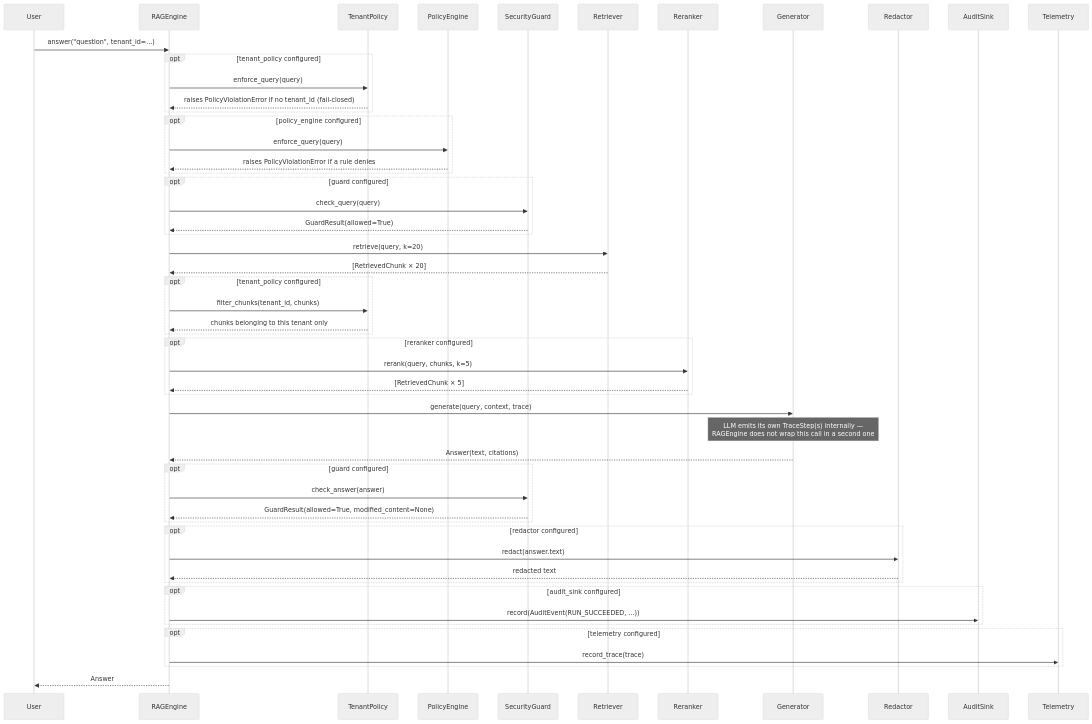
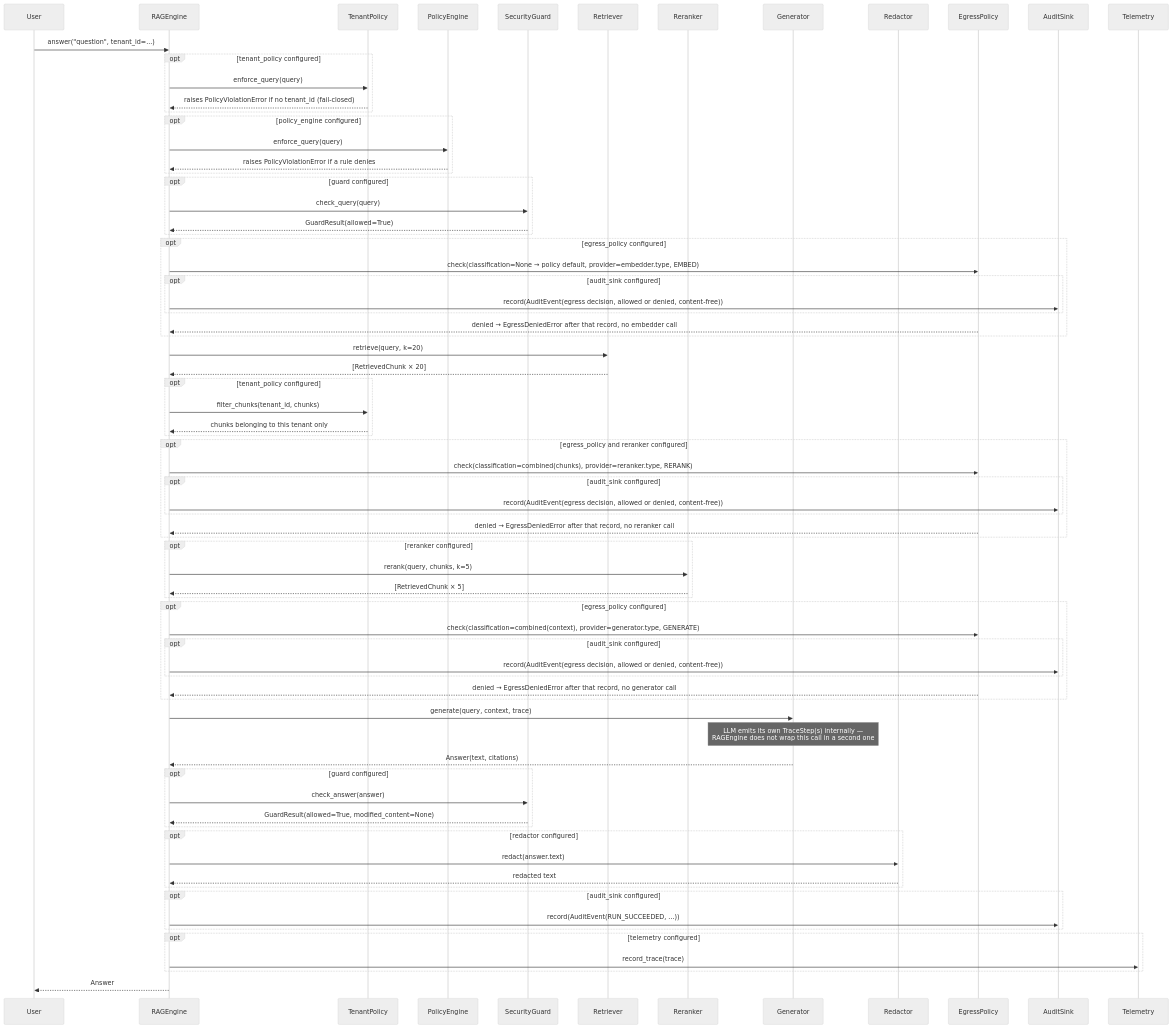
One commit to HerbertGourout/modular-rag-framework changed the first of 5 diagrams in docs/architecture/runtime-flow.md. Above: the diagram before and after it, drawn with Mermaid (neutral theme). The commit also changed other lines of this file and 3 other files, not shown here.

````diff
--- a/docs/architecture/runtime-flow.md
+++ b/docs/architecture/runtime-flow.md
@@ -34,56 +52,78 @@
 ```mermaid
 sequenceDiagram
     participant U as User
     participant E as RAGEngine
     participant TP as TenantPolicy
     participant PE as PolicyEngine
     participant G as SecurityGuard
     participant R as Retriever
     participant RR as Reranker
     participant LLM as Generator
     participant Rd as Redactor
+    participant EP as EgressPolicy
     participant A as AuditSink
     participant T as Telemetry
 
     U->>E: answer("question", tenant_id=...)
     opt tenant_policy configured
         E->>TP: enforce_query(query)
         TP-->>E: raises PolicyViolationError if no tenant_id (fail-closed)
     end
     opt policy_engine configured
         E->>PE: enforce_query(query)
         PE-->>E: raises PolicyViolationError if a rule denies
     end
     opt guard configured
         E->>G: check_query(query)
         G-->>E: GuardResult(allowed=True)
     end
+    opt egress_policy configured
+        E->>EP: check(classification=None → policy default, provider=embedder.type, EMBED)
+        opt audit_sink configured
+            E->>A: record(AuditEvent(egress decision, allowed or denied, content-free))
+        end
+        EP-->>E: denied → EgressDeniedError after that record, no embedder call
+    end
     E->>R: retrieve(query, k=20)
     R-->>E: [RetrievedChunk × 20]
     opt tenant_policy configured
         E->>TP: filter_chunks(tenant_id, chunks)
         TP-->>E: chunks belonging to this tenant only
     end
+    opt egress_policy and reranker configured
+        E->>EP: check(classification=combined(chunks), provider=reranker.type, RERANK)
+        opt audit_sink configured
+            E->>A: record(AuditEvent(egress decision, allowed or denied, content-free))
+        end
+        EP-->>E: denied → EgressDeniedError after that record, no reranker call
+    end
     opt reranker configured
         E->>RR: rerank(query, chunks, k=5)
         RR-->>E: [RetrievedChunk × 5]
+    end
+    opt egress_policy configured
+        E->>EP: check(classification=combined(context), provider=generator.type, GENERATE)
+        opt audit_sink configured
+            E->>A: record(AuditEvent(egress decision, allowed or denied, content-free))
+        end
+        EP-->>E: denied → EgressDeniedError after that record, no generator call
     end
     E->>LLM: generate(query, context, trace)
     Note over LLM: LLM emits its own TraceStep(s) internally —<br/>RAGEngine does not wrap this call in a second one
     LLM-->>E: Answer(text, citations)
     opt guard configured
         E->>G: check_answer(answer)
         G-->>E: GuardResult(allowed=True, modified_content=None)
     end
     opt redactor configured
         E->>Rd: redact(answer.text)
         Rd-->>E: redacted text
     end
     opt audit_sink configured
         E->>A: record(AuditEvent(RUN_SUCCEEDED, ...))
     end
     opt telemetry configured
         E->>T: record_trace(trace)
     end
     E-->>U: Answer
 ```
````
